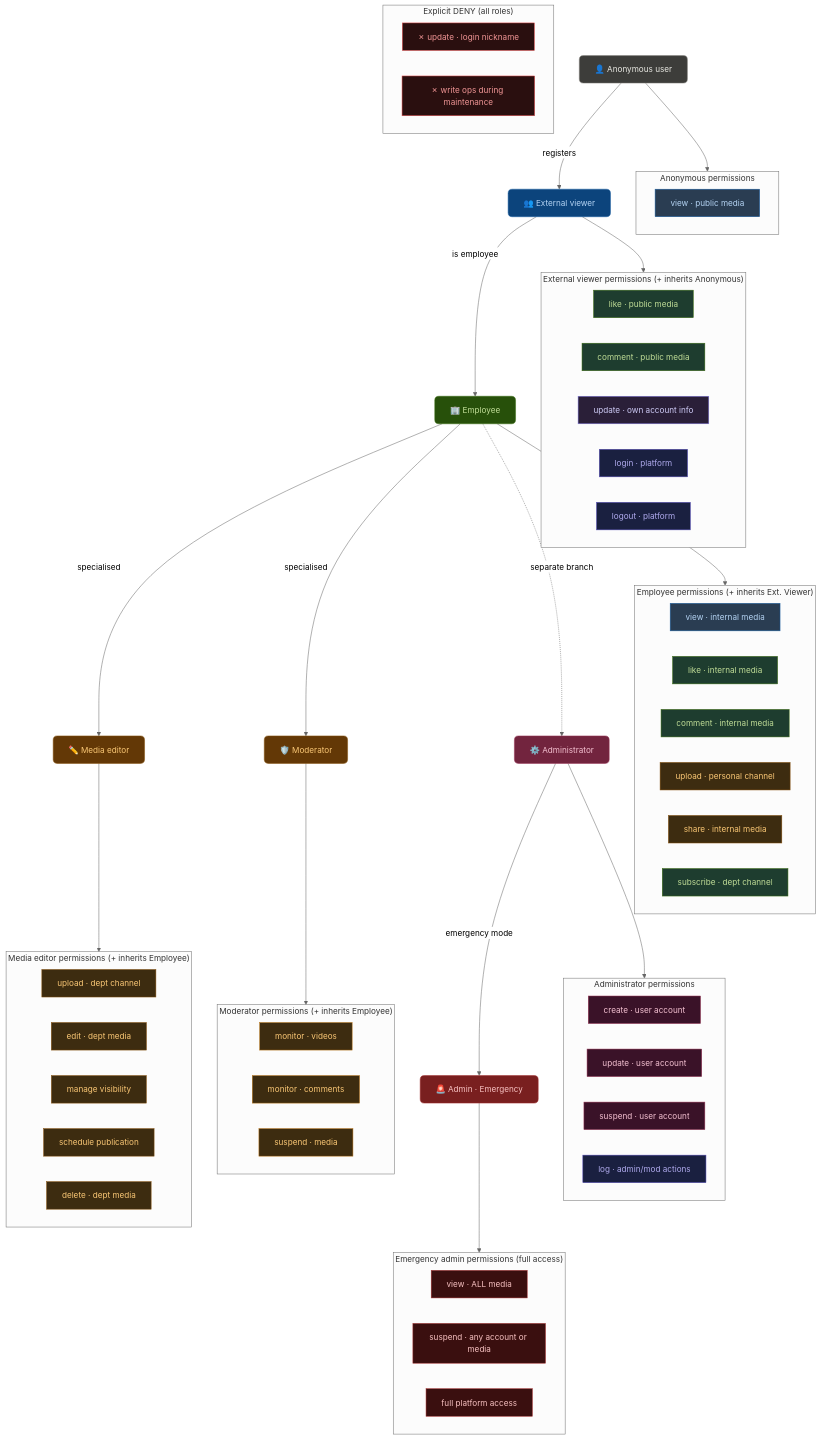
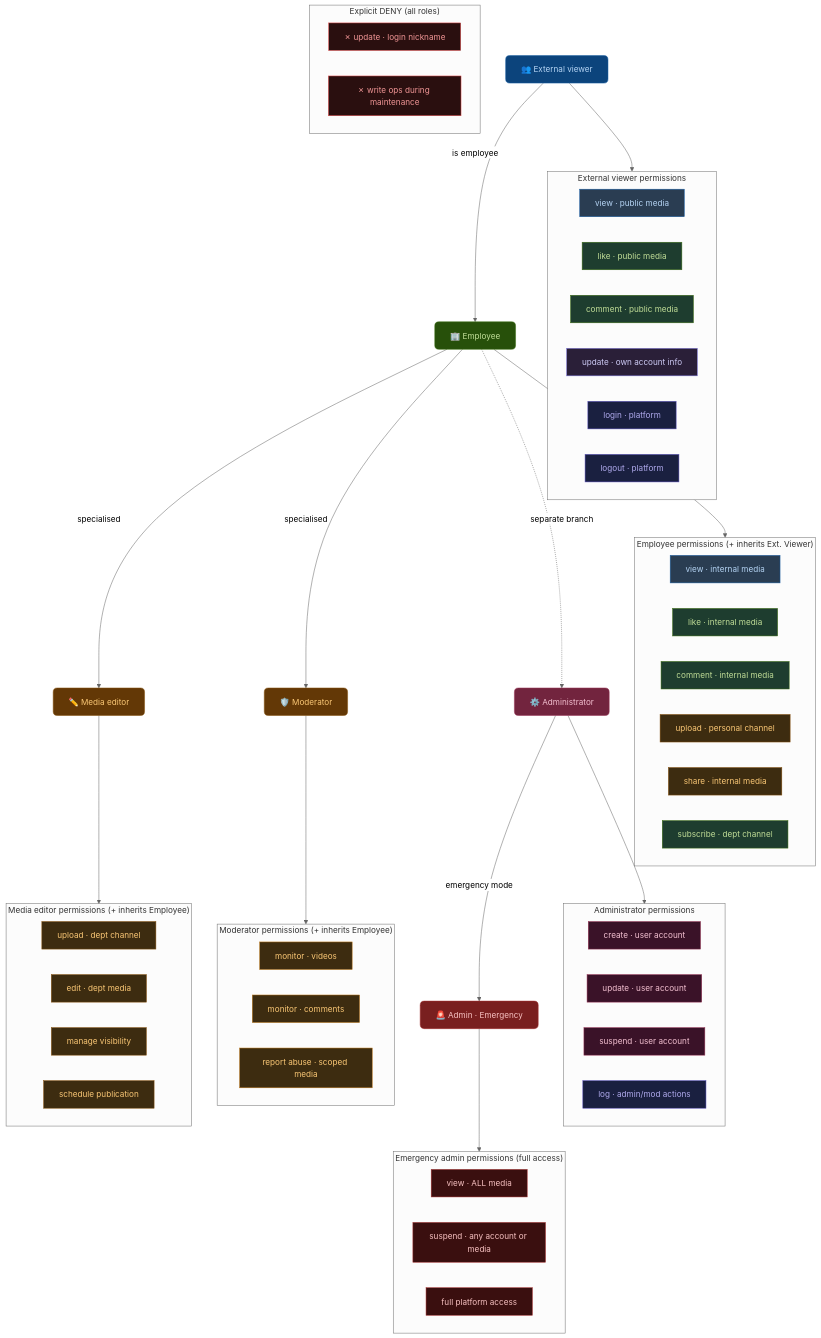
The diagram in README.md (leadwithims/rbac-uni), drawn with Mermaid (neutral theme) before and after one commit. The commit also changed other lines of this file and 2 other files, not shown here.

Commit message:
last version

```diff
--- a/README.md
+++ b/README.md
@@ -24,7 +23,6 @@
 graph TD
 
   %% ── ROLE HIERARCHY ──────────────────────────────────────
-  ANON["👤 Anonymous user"]:::roleAnon
   EXT["👥 External viewer"]:::roleExt
   EMP["🏢 Employee"]:::roleEmp
   EDITOR["✏️  Media editor"]:::roleSpec
@@ -33,23 +31,16 @@
   EMERG["🚨 Admin · Emergency"]:::roleEmerg
 
   %% ── HIERARCHY LINKS ──────────────────────────────────────
-  ANON -->|"registers"| EXT
   EXT  -->|"is employee"| EMP
   EMP  -->|"specialised"| EDITOR
   EMP  -->|"specialised"| MOD
   EMP  -.->|"separate branch"| ADMIN
   ADMIN -->|"emergency mode"| EMERG
 
-  %% ── ANONYMOUS PERMISSIONS ────────────────────────────────
-  subgraph SG_ANON["Anonymous permissions"]
+  %% ── EXTERNAL VIEWER PERMISSIONS ──────────────────────────
+  subgraph SG_EXT["External viewer permissions"]
     direction LR
     P_VIEW_PUB["view · public media"]:::permView
-  end
-  ANON --> SG_ANON
-
-  %% ── EXTERNAL VIEWER PERMISSIONS ──────────────────────────
-  subgraph SG_EXT["External viewer permissions  (+ inherits Anonymous)"]
-    direction LR
     P_LIKE_PUB["like · public media"]:::permInteract
     P_CMT_PUB["comment · public media"]:::permInteract
     P_UPD_OWN["update · own account info"]:::permAccount
@@ -77,7 +68,6 @@
     P_EDIT["edit · dept media"]:::permContent
     P_VIS["manage visibility"]:::permContent
     P_SCHED["schedule publication"]:::permContent
-    P_DELETE["delete · dept media"]:::permContent
   end
   EDITOR --> SG_EDITOR
 
@@ -86,7 +76,7 @@
     direction LR
     P_MON_V["monitor · videos"]:::permMod
     P_MON_C["monitor · comments"]:::permMod
-    P_SUSP_M["suspend · media"]:::permMod
+    P_REPORT["report abuse · scoped media"]:::permMod
   end
   MOD --> SG_MOD
 
@@ -116,12 +106,13 @@
     D_MAINT["✗ write ops during maintenance"]:::permDeny
   end
 
-  classDef roleAnon  fill:#3d3d3a,stroke:#888780,color:#e8e8e2,rx:8
+  %% ── STYLES ───────────────────────────────────────────────
   classDef roleExt   fill:#0c447c,stroke:#185FA5,color:#B5D4F4,rx:8
   classDef roleEmp   fill:#27500a,stroke:#3B6D11,color:#C0DD97,rx:8
   classDef roleSpec  fill:#633806,stroke:#854F0B,color:#FAC775,rx:8
   classDef roleAdmin fill:#72243E,stroke:#993556,color:#F4C0D1,rx:8
   classDef roleEmerg fill:#791F1F,stroke:#A32D2D,color:#F7C1C1,rx:8
+
   classDef permView     fill:#2a3d52,stroke:#185FA5,color:#B5D4F4
   classDef permInteract fill:#1e3d2f,stroke:#3B6D11,color:#C0DD97
   classDef permContent  fill:#3d2c10,stroke:#854F0B,color:#FAC775
```
